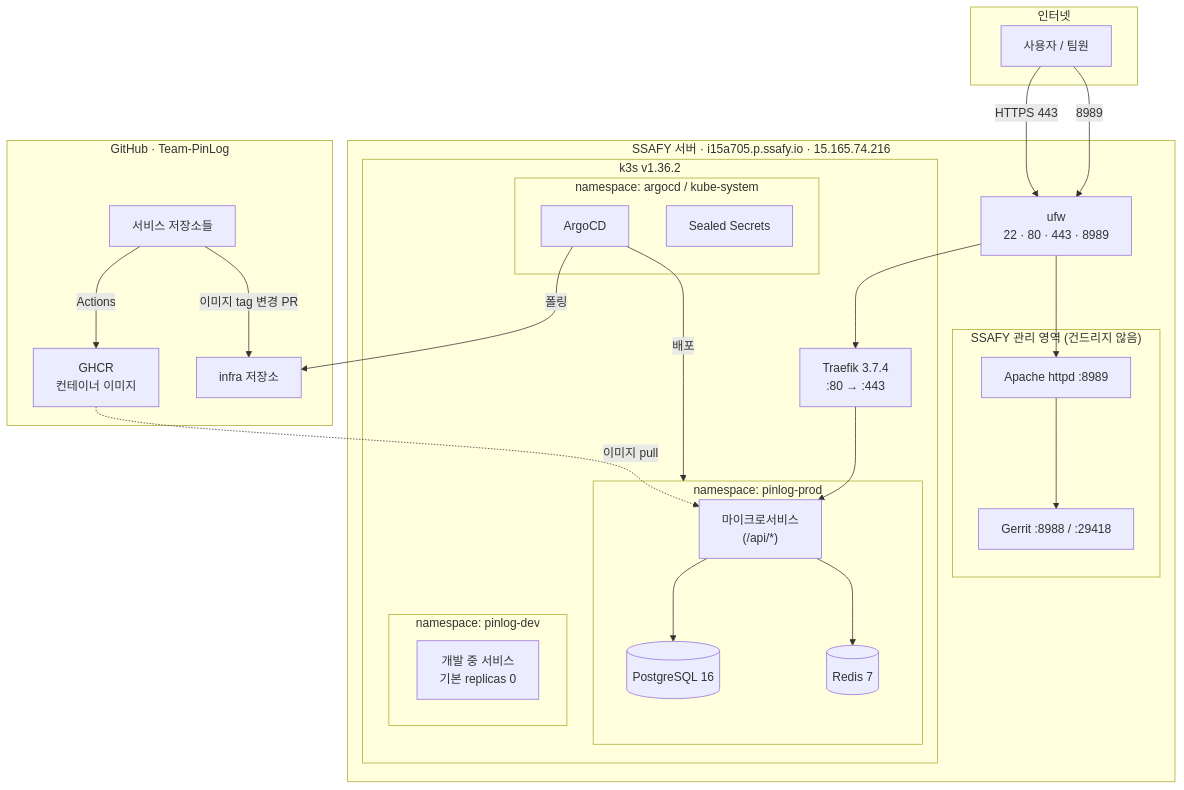
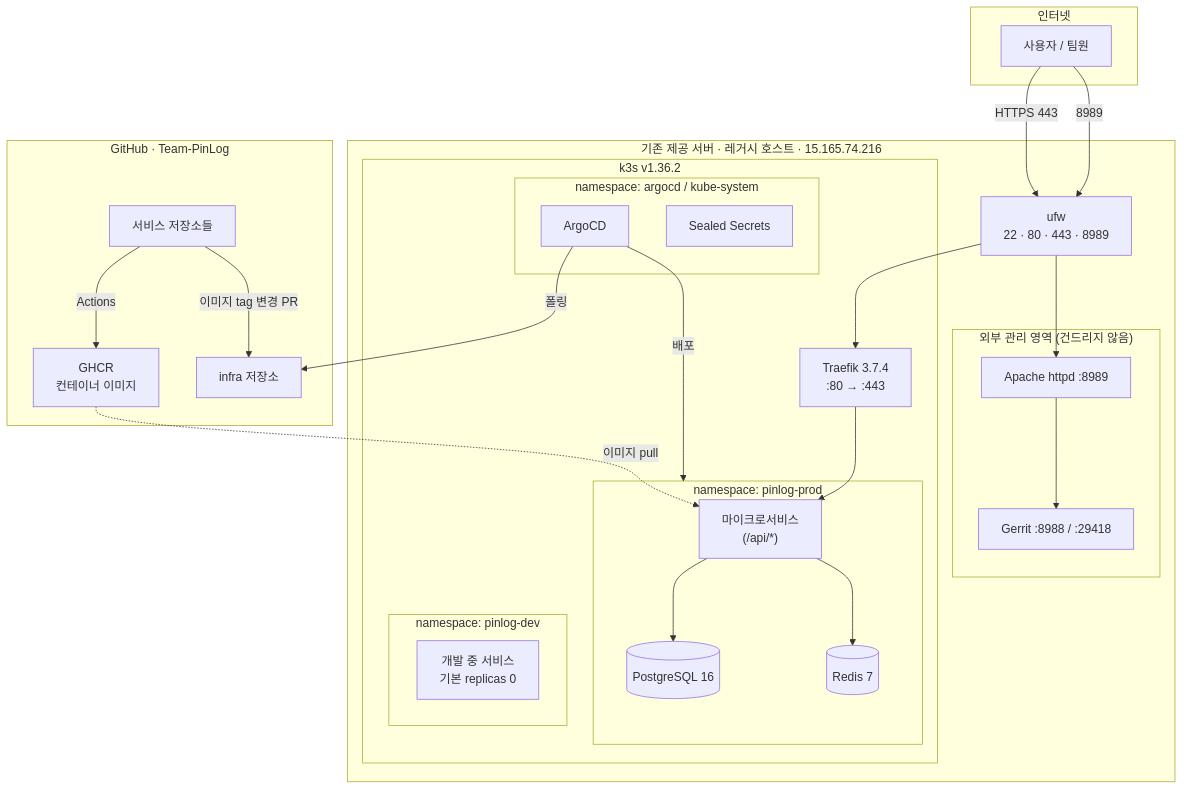
The first of 2 diagrams in docs/architecture.md (Team-PinLog/infra), drawn with Mermaid before and after one commit. The commit also changed other lines of this file and 13 other files, not shown here.

````diff
--- a/docs/architecture.md
+++ b/docs/architecture.md
@@ -13,55 +13,55 @@
 ```mermaid
 flowchart TB
     subgraph inet["인터넷"]
         U["사용자 / 팀원"]
     end
 
-    subgraph host["SSAFY 서버 · i15a705.p.ssafy.io · 15.165.74.216"]
+    subgraph host["기존 제공 서버 · 레거시 호스트 · 15.165.74.216"]
         UFW["ufw<br/>22 · 80 · 443 · 8989"]
 
-        subgraph ssafy["SSAFY 관리 영역 (건드리지 않음)"]
+        subgraph external["외부 관리 영역 (건드리지 않음)"]
             AP["Apache httpd :8989"]
             GR["Gerrit :8988 / :29418"]
             AP --> GR
         end
 
         subgraph k3s["k3s v1.36.2"]
             TR["Traefik 3.7.4<br/>:80 → :443"]
 
             subgraph prod["namespace: pinlog-prod"]
                 SVC["마이크로서비스<br/>(/api/*)"]
                 PG[("PostgreSQL 16")]
                 RD[("Redis 7")]
                 SVC --> PG
                 SVC --> RD
             end
 
             subgraph dev["namespace: pinlog-dev"]
                 DSVC["개발 중 서비스<br/>기본 replicas 0"]
             end
 
             subgraph sys["namespace: argocd / kube-system"]
                 AC["ArgoCD"]
                 SS["Sealed Secrets"]
             end
 
             TR --> SVC
         end
     end
 
     subgraph gh["GitHub · Team-PinLog"]
         INFRA["infra 저장소"]
         SVCREPO["서비스 저장소들"]
         GHCR["GHCR<br/>컨테이너 이미지"]
     end
 
     U -->|HTTPS 443| UFW
     U -->|8989| UFW
     UFW --> TR
     UFW --> AP
     SVCREPO -->|Actions| GHCR
     SVCREPO -->|이미지 tag 변경 PR| INFRA
     AC -->|폴링| INFRA
     AC -->|배포| prod
     GHCR -.->|이미지 pull| SVC
 ```
````
